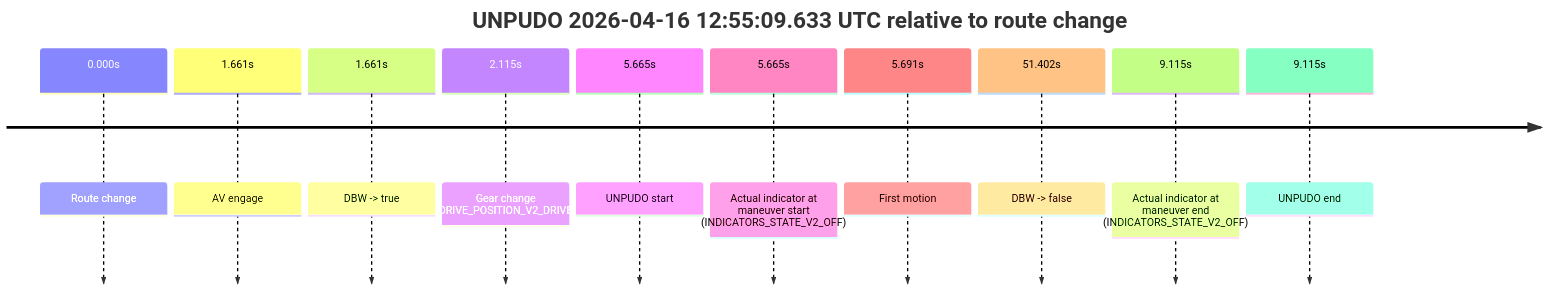
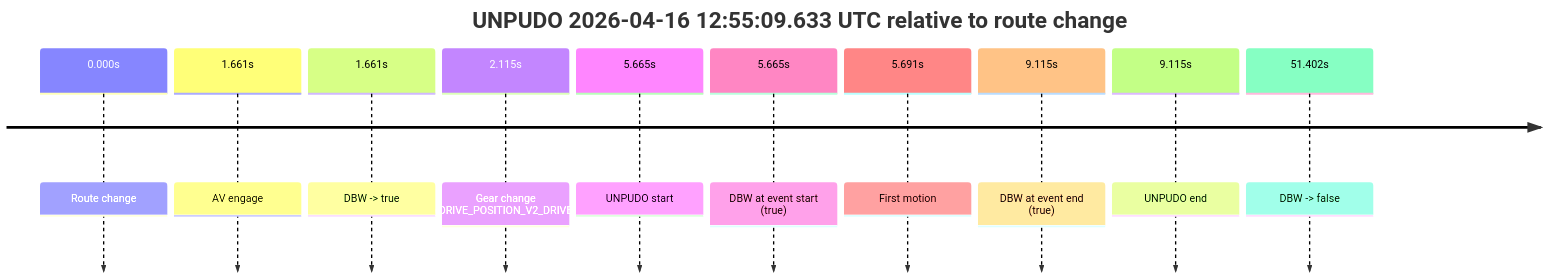
The second of 4 diagrams in model_analysis/report_cards/2026/04/Week-3/fme20009--2026-04-16--12-35-12--gen2-av-b61aff24-57ea-46f1-b166-ea73856ef968.md (yoelshapiro/vault), drawn with Mermaid before and after one commit. The commit also changed other lines of this file and 32 other files, not shown here.

````diff
--- a/model_analysis/report_cards/2026/04/Week-3/fme20009--2026-04-16--12-35-12--gen2-av-b61aff24-57ea-46f1-b166-ea73856ef968.md
+++ b/model_analysis/report_cards/2026/04/Week-3/fme20009--2026-04-16--12-35-12--gen2-av-b61aff24-57ea-46f1-b166-ea73856ef968.md
@@ -215,14 +132,14 @@
 ```mermaid
 timeline
     title UNPUDO 2026-04-16 12:55:09.633 UTC relative to route change
     0.000s : Route change
     1.661s : AV engage
     1.661s : DBW -> true
     2.115s : Gear change (DRIVE_POSITION_V2_DRIVE)
     5.665s : UNPUDO start
-    5.665s : Actual indicator at maneuver start (INDICATORS_STATE_V2_OFF)
+    5.665s : DBW at event start (true)
     5.691s : First motion
+    9.115s : DBW at event end (true)
+    9.115s : UNPUDO end
     51.402s : DBW -> false
-    9.115s : Actual indicator at maneuver end (INDICATORS_STATE_V2_OFF)
-    9.115s : UNPUDO end
 ```
````
